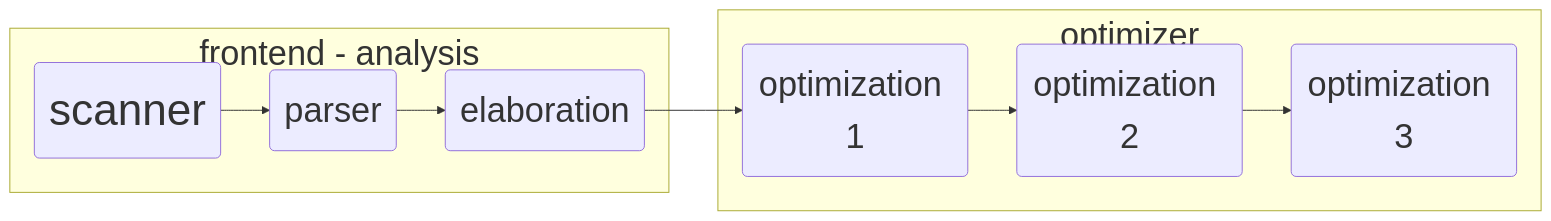
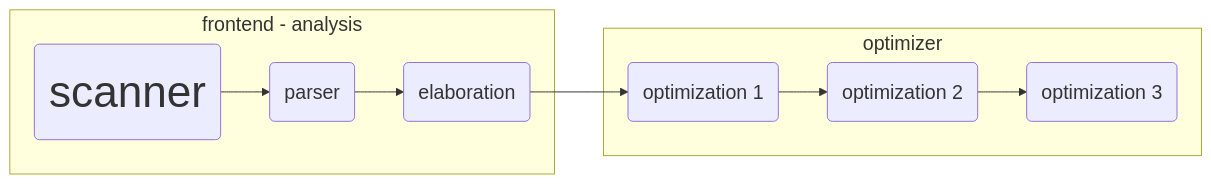
One commit to m-fakhry/comp304-2022 changed the third of 3 diagrams in lec1.md. Above: the diagram before and after it, drawn with Mermaid. The commit also changed other lines of this file, not shown here.

Commit message:
checking mermaid support

````diff
--- a/lec1.md
+++ b/lec1.md
@@ -69,13 +49,13 @@
 ```mermaid
-%%{init: {'themeVariables': { 'fontSize': '35px', 'fontFamily': 'verdana'}}}%%
+%%{init: {'themeVariables': { 'fontSize': '20px', 'fontFamily': 'verdana'}}}%%
   graph LR;
       subgraph optimizer
         o1(optimization 1) --> o2(optimization 2 ) --> o3(optimization 3 )
       end
       subgraph frontend - analysis
         s(scanner) --> p(parser) --> e(elaboration)
       end
       e --> o1;
       classDef bigger font-size:45
       class s,c bigger
 ```
````
